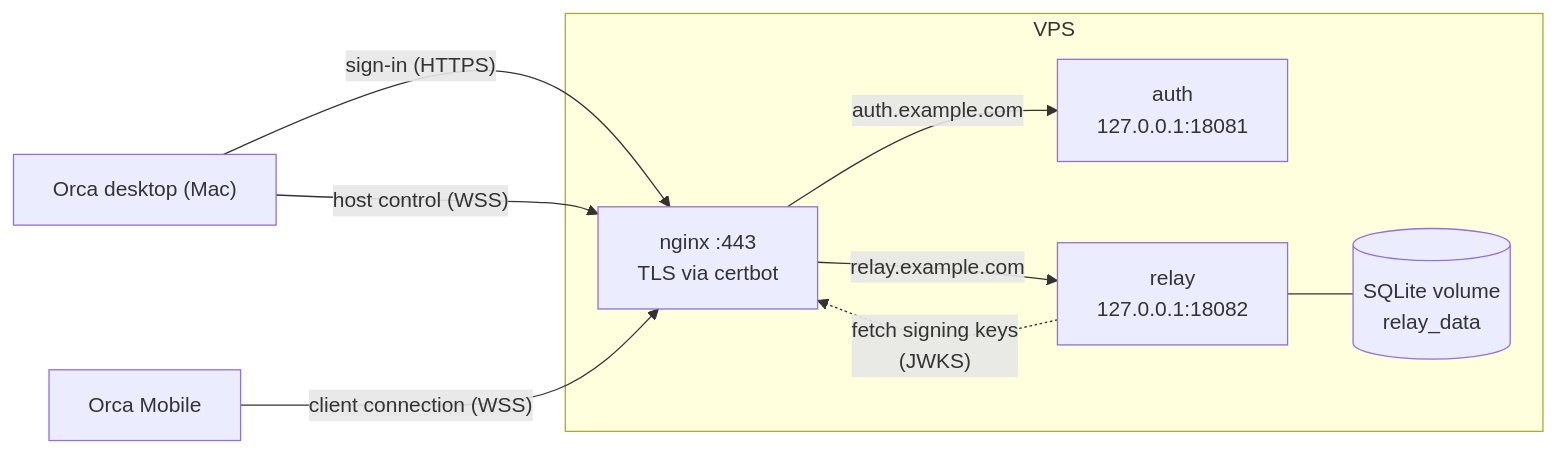
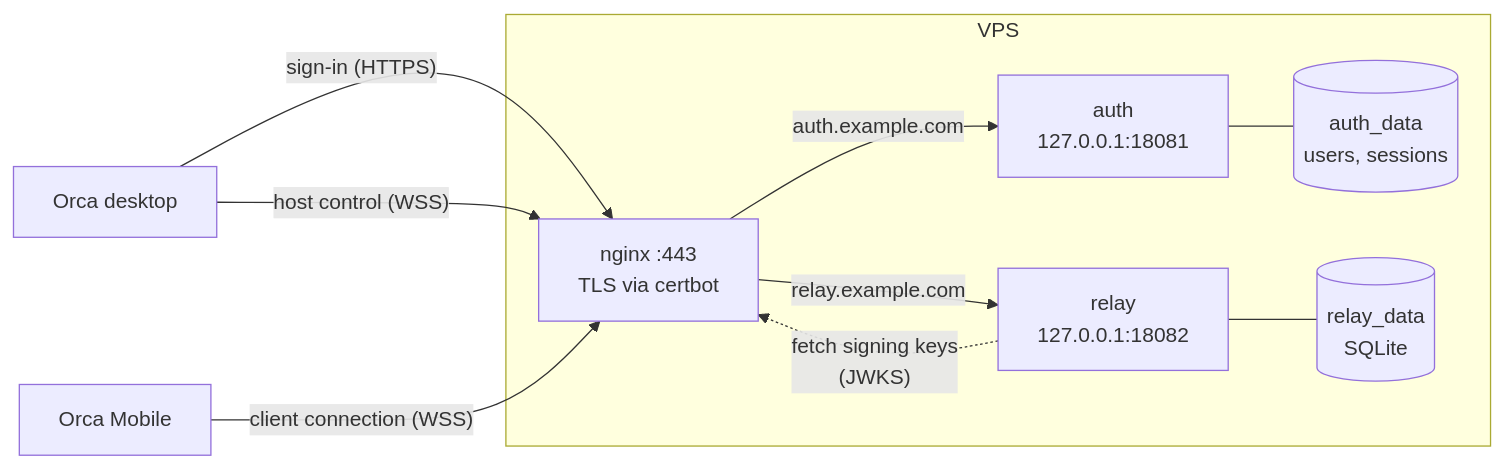
The first of 3 diagrams in README.md (alfabaria/orca-relay), drawn with Mermaid before and after one commit. The commit also changed other lines of this file and 14 other files, not shown here.

````diff
--- a/README.md
+++ b/README.md
@@ -21,19 +25,21 @@
 ```mermaid
 flowchart LR
     phone["Orca Mobile"]
-    mac["Orca desktop (Mac)"]
+    mac["Orca desktop"]
     subgraph vps["VPS"]
         nginx["nginx :443<br/>TLS via certbot"]
         auth["auth<br/>127.0.0.1:18081"]
         relay["relay<br/>127.0.0.1:18082"]
-        db[("SQLite volume<br/>relay_data")]
+        authdb[("auth_data<br/>users, sessions")]
+        relaydb[("relay_data<br/>SQLite")]
     end
 
     mac -- "sign-in (HTTPS)" --> nginx
     mac -- "host control (WSS)" --> nginx
     phone -- "client connection (WSS)" --> nginx
     nginx -- "auth.example.com" --> auth
     nginx -- "relay.example.com" --> relay
-    relay --- db
+    auth --- authdb
+    relay --- relaydb
     relay -. "fetch signing keys<br/>(JWKS)" .-> nginx
 ```
````
